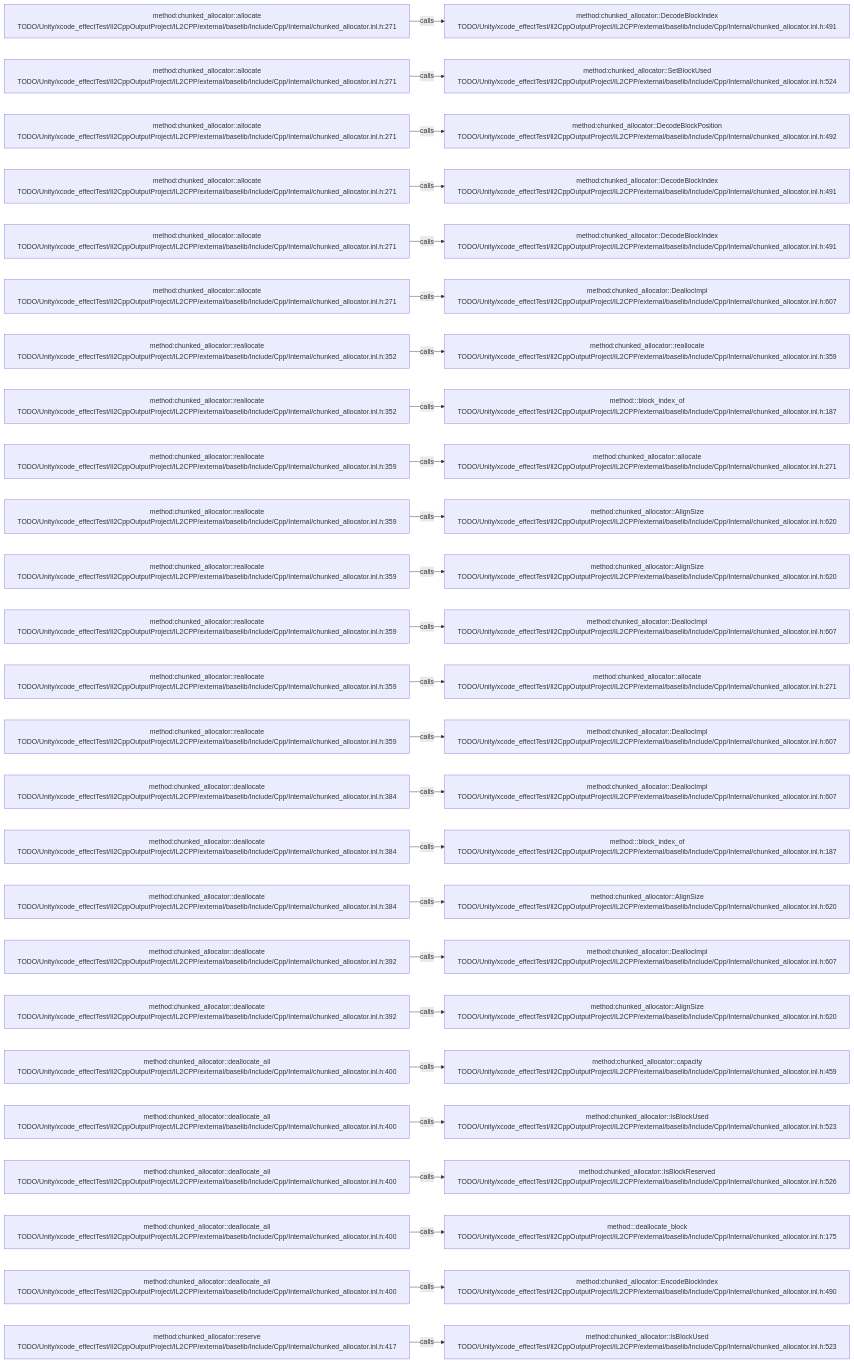
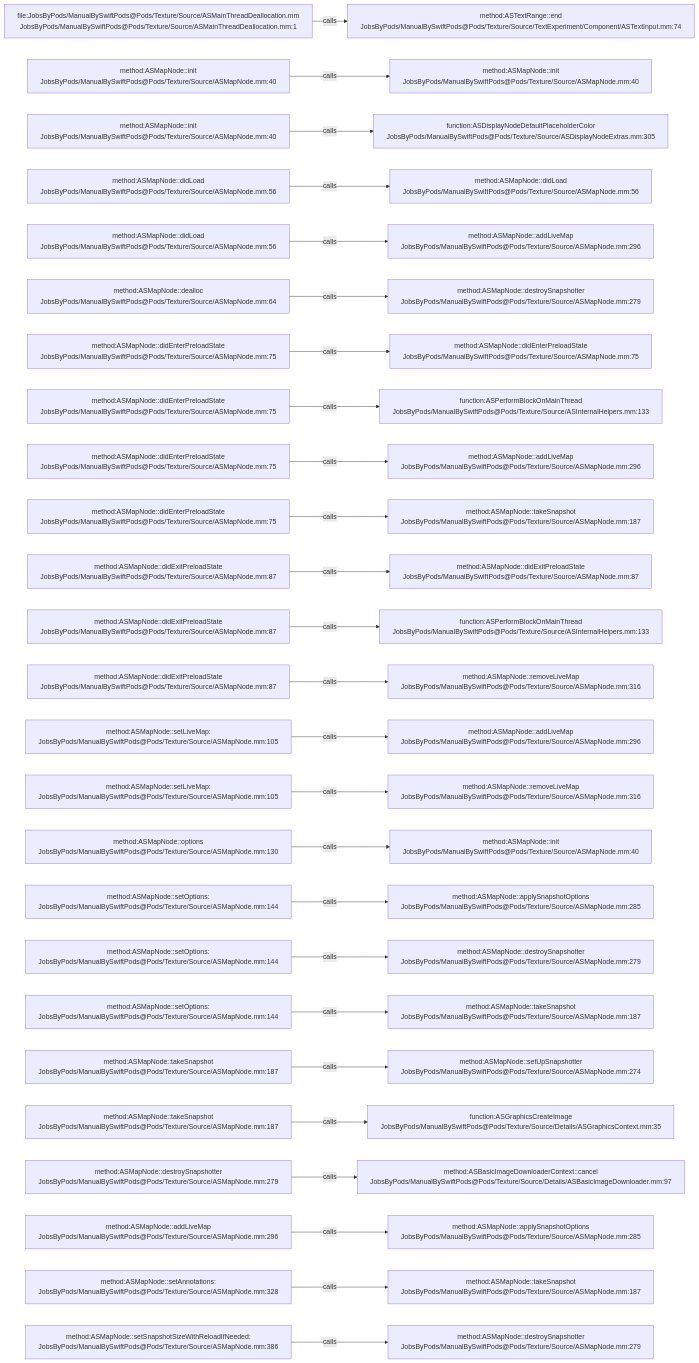
Before and after one commit to JobsKits/JobsSwiftBaseConfigDemo: the diagram in .codegraph/codegraph.md/graphs/calls-064.md, drawn with Mermaid. The commit also changed 2959 other files, not shown here.

````diff
--- a/.codegraph/codegraph.md/graphs/calls-064.md
+++ b/.codegraph/codegraph.md/graphs/calls-064.md
@@ -13,78 +13,78 @@
 ```mermaid
 flowchart LR
-  S1["method:chunked_allocator::allocate<br/>TODO/Unity/xcode_effectTest/Il2CppOutputProject/IL2CPP/external/baselib/Include/Cpp/Internal/chunked_allocator.inl.h:271"]
-  T1["method:chunked_allocator::DecodeBlockIndex<br/>TODO/Unity/xcode_effectTest/Il2CppOutputProject/IL2CPP/external/baselib/Include/Cpp/Internal/chunked_allocator.inl.h:491"]
+  S1["file:JobsByPods/ManualBySwiftPods@Pods/Texture/Source/ASMainThreadDeallocation.mm<br/>JobsByPods/ManualBySwiftPods@Pods/Texture/Source/ASMainThreadDeallocation.mm:1"]
+  T1["method:ASTextRange::end<br/>JobsByPods/ManualBySwiftPods@Pods/Texture/Source/TextExperiment/Component/ASTextInput.mm:74"]
   S1 -->|calls| T1
-  S2["method:chunked_allocator::allocate<br/>TODO/Unity/xcode_effectTest/Il2CppOutputProject/IL2CPP/external/baselib/Include/Cpp/Internal/chunked_allocator.inl.h:271"]
-  T2["method:chunked_allocator::SetBlockUsed<br/>TODO/Unity/xcode_effectTest/Il2CppOutputProject/IL2CPP/external/baselib/Include/Cpp/Internal/chunked_allocator.inl.h:524"]
+  S2["method:ASMapNode::init<br/>JobsByPods/ManualBySwiftPods@Pods/Texture/Source/ASMapNode.mm:40"]
+  T2["method:ASMapNode::init<br/>JobsByPods/ManualBySwiftPods@Pods/Texture/Source/ASMapNode.mm:40"]
   S2 -->|calls| T2
-  S3["method:chunked_allocator::allocate<br/>TODO/Unity/xcode_effectTest/Il2CppOutputProject/IL2CPP/external/baselib/Include/Cpp/Internal/chunked_allocator.inl.h:271"]
-  T3["method:chunked_allocator::DecodeBlockPosition<br/>TODO/Unity/xcode_effectTest/Il2CppOutputProject/IL2CPP/external/baselib/Include/Cpp/Internal/chunked_allocator.inl.h:492"]
+  S3["method:ASMapNode::init<br/>JobsByPods/ManualBySwiftPods@Pods/Texture/Source/ASMapNode.mm:40"]
+  T3["function:ASDisplayNodeDefaultPlaceholderColor<br/>JobsByPods/ManualBySwiftPods@Pods/Texture/Source/ASDisplayNodeExtras.mm:305"]
   S3 -->|calls| T3
-  S4["method:chunked_allocator::allocate<br/>TODO/Unity/xcode_effectTest/Il2CppOutputProject/IL2CPP/external/baselib/Include/Cpp/Internal/chunked_allocator.inl.h:271"]
-  T4["method:chunked_allocator::DecodeBlockIndex<br/>TODO/Unity/xcode_effectTest/Il2CppOutputProject/IL2CPP/external/baselib/Include/Cpp/Internal/chunked_allocator.inl.h:491"]
+  S4["method:ASMapNode::didLoad<br/>JobsByPods/ManualBySwiftPods@Pods/Texture/Source/ASMapNode.mm:56"]
+  T4["method:ASMapNode::didLoad<br/>JobsByPods/ManualBySwiftPods@Pods/Texture/Source/ASMapNode.mm:56"]
   S4 -->|calls| T4
-  S5["method:chunked_allocator::allocate<br/>TODO/Unity/xcode_effectTest/Il2CppOutputProject/IL2CPP/external/baselib/Include/Cpp/Internal/chunked_allocator.inl.h:271"]
-  T5["method:chunked_allocator::DecodeBlockIndex<br/>TODO/Unity/xcode_effectTest/Il2CppOutputProject/IL2CPP/external/baselib/Include/Cpp/Internal/chunked_allocator.inl.h:491"]
+  S5["method:ASMapNode::didLoad<br/>JobsByPods/ManualBySwiftPods@Pods/Texture/Source/ASMapNode.mm:56"]
+  T5["method:ASMapNode::addLiveMap<br/>JobsByPods/ManualBySwiftPods@Pods/Texture/Source/ASMapNode.mm:296"]
   S5 -->|calls| T5
-  S6["method:chunked_allocator::allocate<br/>TODO/Unity/xcode_effectTest/Il2CppOutputProject/IL2CPP/external/baselib/Include/Cpp/Internal/chunked_allocator.inl.h:271"]
-  T6["method:chunked_allocator::DeallocImpl<br/>TODO/Unity/xcode_effectTest/Il2CppOutputProject/IL2CPP/external/baselib/Include/Cpp/Internal/chunked_allocator.inl.h:607"]
+  S6["method:ASMapNode::dealloc<br/>JobsByPods/ManualBySwiftPods@Pods/Texture/Source/ASMapNode.mm:64"]
+  T6["method:ASMapNode::destroySnapshotter<br/>JobsByPods/ManualBySwiftPods@Pods/Texture/Source/ASMapNode.mm:279"]
   S6 -->|calls| T6
-  S7["method:chunked_allocator::reallocate<br/>TODO/Unity/xcode_effectTest/Il2CppOutputProject/IL2CPP/external/baselib/Include/Cpp/Internal/chunked_allocator.inl.h:352"]
-  T7["method:chunked_allocator::reallocate<br/>TODO/Unity/xcode_effectTest/Il2CppOutputProject/IL2CPP/external/baselib/Include/Cpp/Internal/chunked_allocator.inl.h:359"]
+  S7["method:ASMapNode::didEnterPreloadState<br/>JobsByPods/ManualBySwiftPods@Pods/Texture/Source/ASMapNode.mm:75"]
+  T7["method:ASMapNode::didEnterPreloadState<br/>JobsByPods/ManualBySwiftPods@Pods/Texture/Source/ASMapNode.mm:75"]
   S7 -->|calls| T7
-  S8["method:chunked_allocator::reallocate<br/>TODO/Unity/xcode_effectTest/Il2CppOutputProject/IL2CPP/external/baselib/Include/Cpp/Internal/chunked_allocator.inl.h:352"]
-  T8["method:<anonymous>::block_index_of<br/>TODO/Unity/xcode_effectTest/Il2CppOutputProject/IL2CPP/external/baselib/Include/Cpp/Internal/chunked_allocator.inl.h:187"]
+  S8["method:ASMapNode::didEnterPreloadState<br/>JobsByPods/ManualBySwiftPods@Pods/Texture/Source/ASMapNode.mm:75"]
+  T8["function:ASPerformBlockOnMainThread<br/>JobsByPods/ManualBySwiftPods@Pods/Texture/Source/ASInternalHelpers.mm:133"]
   S8 -->|calls| T8
-  S9["method:chunked_allocator::reallocate<br/>TODO/Unity/xcode_effectTest/Il2CppOutputProject/IL2CPP/external/baselib/Include/Cpp/Internal/chunked_allocator.inl.h:359"]
-  T9["method:chunked_allocator::allocate<br/>TODO/Unity/xcode_effectTest/Il2CppOutputProject/IL2CPP/external/baselib/Include/Cpp/Internal/chunked_allocator.inl.h:271"]
+  S9["method:ASMapNode::didEnterPreloadState<br/>JobsByPods/ManualBySwiftPods@Pods/Texture/Source/ASMapNode.mm:75"]
+  T9["method:ASMapNode::addLiveMap<br/>JobsByPods/ManualBySwiftPods@Pods/Texture/Source/ASMapNode.mm:296"]
   S9 -->|calls| T9
-  S10["method:chunked_allocator::reallocate<br/>TODO/Unity/xcode_effectTest/Il2CppOutputProject/IL2CPP/external/baselib/Include/Cpp/Internal/chunked_allocator.inl.h:359"]
-  T10["method:chunked_allocator::AlignSize<br/>TODO/Unity/xcode_effectTest/Il2CppOutputProject/IL2CPP/external/baselib/Include/Cpp/Internal/chunked_allocator.inl.h:620"]
+  S10["method:ASMapNode::didEnterPreloadState<br/>JobsByPods/ManualBySwiftPods@Pods/Texture/Source/ASMapNode.mm:75"]
+  T10["method:ASMapNode::takeSnapshot<br/>JobsByPods/ManualBySwiftPods@Pods/Texture/Source/ASMapNode.mm:187"]
   S10 -->|calls| T10
-  S11["method:chunked_allocator::reallocate<br/>TODO/Unity/xcode_effectTest/Il2CppOutputProject/IL2CPP/external/baselib/Include/Cpp/Internal/chunked_allocator.inl.h:359"]
-  T11["method:chunked_allocator::AlignSize<br/>TODO/Unity/xcode_effectTest/Il2CppOutputProject/IL2CPP/external/baselib/Include/Cpp/Internal/chunked_allocator.inl.h:620"]
+  S11["method:ASMapNode::didExitPreloadState<br/>JobsByPods/ManualBySwiftPods@Pods/Texture/Source/ASMapNode.mm:87"]
+  T11["method:ASMapNode::didExitPreloadState<br/>JobsByPods/ManualBySwiftPods@Pods/Texture/Source/ASMapNode.mm:87"]
   S11 -->|calls| T11
-  S12["method:chunked_allocator::reallocate<br/>TODO/Unity/xcode_effectTest/Il2CppOutputProject/IL2CPP/external/baselib/Include/Cpp/Internal/chunked_allocator.inl.h:359"]
-  T12["method:chunked_allocator::DeallocImpl<br/>TODO/Unity/xcode_effectTest/Il2CppOutputProject/IL2CPP/external/baselib/Include/Cpp/Internal/chunked_allocator.inl.h:607"]
+  S12["method:ASMapNode::didExitPreloadState<br/>JobsByPods/ManualBySwiftPods@Pods/Texture/Source/ASMapNode.mm:87"]
+  T12["function:ASPerformBlockOnMainThread<br/>JobsByPods/ManualBySwiftPods@Pods/Texture/Source/ASInternalHelpers.mm:133"]
   S12 -->|calls| T12
-  S13["method:chunked_allocator::reallocate<br/>TODO/Unity/xcode_effectTest/Il2CppOutputProject/IL2CPP/external/baselib/Include/Cpp/Internal/chunked_allocator.inl.h:359"]
-  T13["method:chunked_allocator::allocate<br/>TODO/Unity/xcode_effectTest/Il2CppOutputProject/IL2CPP/external/baselib/Include/Cpp/Internal/chunked_allocator.inl.h:271"]
+  S13["method:ASMapNode::didExitPreloadState<br/>JobsByPods/ManualBySwiftPods@Pods/Texture/Source/ASMapNode.mm:87"]
+  T13["method:ASMapNode::removeLiveMap<br/>JobsByPods/ManualBySwiftPods@Pods/Texture/Source/ASMapNode.mm:316"]
   S13 -->|calls| T13
-  S14["method:chunked_allocator::reallocate<br/>TODO/Unity/xcode_effectTest/Il2CppOutputProject/IL2CPP/external/baselib/Include/Cpp/Internal/chunked_allocator.inl.h:359"]
-  T14["method:chunked_allocator::DeallocImpl<br/>TODO/Unity/xcode_effectTest/Il2CppOutputProject/IL2CPP/external/baselib/Include/Cpp/Internal/chunked_allocator.inl.h:607"]
+  S14["method:ASMapNode::setLiveMap:<br/>JobsByPods/ManualBySwiftPods@Pods/Texture/Source/ASMapNode.mm:105"]
+  T14["method:ASMapNode::addLiveMap<br/>JobsByPods/ManualBySwiftPods@Pods/Texture/Source/ASMapNode.mm:296"]
   S14 -->|calls| T14
-  S15["method:chunked_allocator::deallocate<br/>TODO/Unity/xcode_effectTest/Il2CppOutputProject/IL2CPP/external/baselib/Include/Cpp/Internal/chunked_allocator.inl.h:384"]
-  T15["method:chunked_allocator::DeallocImpl<br/>TODO/Unity/xcode_effectTest/Il2CppOutputProject/IL2CPP/external/baselib/Include/Cpp/Internal/chunked_allocator.inl.h:607"]
+  S15["method:ASMapNode::setLiveMap:<br/>JobsByPods/ManualBySwiftPods@Pods/Texture/Source/ASMapNode.mm:105"]
+  T15["method:ASMapNode::removeLiveMap<br/>JobsByPods/ManualBySwiftPods@Pods/Texture/Source/ASMapNode.mm:316"]
   S15 -->|calls| T15
-  S16["method:chunked_allocator::deallocate<br/>TODO/Unity/xcode_effectTest/Il2CppOutputProject/IL2CPP/external/baselib/Include/Cpp/Internal/chunked_allocator.inl.h:384"]
-  T16["method:<anonymous>::block_index_of<br/>TODO/Unity/xcode_effectTest/Il2CppOutputProject/IL2CPP/external/baselib/Include/Cpp/Internal/chunked_allocator.inl.h:187"]
+  S16["method:ASMapNode::options<br/>JobsByPods/ManualBySwiftPods@Pods/Texture/Source/ASMapNode.mm:130"]
+  T16["method:ASMapNode::init<br/>JobsByPods/ManualBySwiftPods@Pods/Texture/Source/ASMapNode.mm:40"]
   S16 -->|calls| T16
-  S17["method:chunked_allocator::deallocate<br/>TODO/Unity/xcode_effectTest/Il2CppOutputProject/IL2CPP/external/baselib/Include/Cpp/Internal/chunked_allocator.inl.h:384"]
-  T17["method:chunked_allocator::AlignSize<br/>TODO/Unity/xcode_effectTest/Il2CppOutputProject/IL2CPP/external/baselib/Include/Cpp/Internal/chunked_allocator.inl.h:620"]
+  S17["method:ASMapNode::setOptions:<br/>JobsByPods/ManualBySwiftPods@Pods/Texture/Source/ASMapNode.mm:144"]
+  T17["method:ASMapNode::applySnapshotOptions<br/>JobsByPods/ManualBySwiftPods@Pods/Texture/Source/ASMapNode.mm:285"]
   S17 -->|calls| T17
-  S18["method:chunked_allocator::deallocate<br/>TODO/Unity/xcode_effectTest/Il2CppOutputProject/IL2CPP/external/baselib/Include/Cpp/Internal/chunked_allocator.inl.h:392"]
-  T18["method:chunked_allocator::DeallocImpl<br/>TODO/Unity/xcode_effectTest/Il2CppOutputProject/IL2CPP/external/baselib/Include/Cpp/Internal/chunked_allocator.inl.h:607"]
+  S18["method:ASMapNode::setOptions:<br/>JobsByPods/ManualBySwiftPods@Pods/Texture/Source/ASMapNode.mm:144"]
+  T18["method:ASMapNode::destroySnapshotter<br/>JobsByPods/ManualBySwiftPods@Pods/Texture/Source/ASMapNode.mm:279"]
   S18 -->|calls| T18
-  S19["method:chunked_allocator::deallocate<br/>TODO/Unity/xcode_effectTest/Il2CppOutputProject/IL2CPP/external/baselib/Include/Cpp/Internal/chunked_allocator.inl.h:392"]
-  T19["method:chunked_allocator::AlignSize<br/>TODO/Unity/xcode_effectTest/Il2CppOutputProject/IL2CPP/external/baselib/Include/Cpp/Internal/chunked_allocator.inl.h:620"]
+  S19["method:ASMapNode::setOptions:<br/>JobsByPods/ManualBySwiftPods@Pods/Texture/Source/ASMapNode.mm:144"]
+  T19["method:ASMapNode::takeSnapshot<br/>JobsByPods/ManualBySwiftPods@Pods/Texture/Source/ASMapNode.mm:187"]
   S19 -->|calls| T19
-  S20["method:chunked_allocator::deallocate_all<br/>TODO/Unity/xcode_effectTest/Il2CppOutputProject/IL2CPP/external/baselib/Include/Cpp/Internal/chunked_allocator.inl.h:400"]
-  T20["method:chunked_allocator::capacity<br/>TODO/Unity/xcode_effectTest/Il2CppOutputProject/IL2CPP/external/baselib/Include/Cpp/Internal/chunked_allocator.inl.h:459"]
+  S20["method:ASMapNode::takeSnapshot<br/>JobsByPods/ManualBySwiftPods@Pods/Texture/Source/ASMapNode.mm:187"]
+  T20["method:ASMapNode::setUpSnapshotter<br/>JobsByPods/ManualBySwiftPods@Pods/Texture/Source/ASMapNode.mm:274"]
   S20 -->|calls| T20
-  S21["method:chunked_allocator::deallocate_all<br/>TODO/Unity/xcode_effectTest/Il2CppOutputProject/IL2CPP/external/baselib/Include/Cpp/Internal/chunked_allocator.inl.h:400"]
-  T21["method:chunked_allocator::IsBlockUsed<br/>TODO/Unity/xcode_effectTest/Il2CppOutputProject/IL2CPP/external/baselib/Include/Cpp/Internal/chunked_allocator.inl.h:523"]
+  S21["method:ASMapNode::takeSnapshot<br/>JobsByPods/ManualBySwiftPods@Pods/Texture/Source/ASMapNode.mm:187"]
+  T21["function:ASGraphicsCreateImage<br/>JobsByPods/ManualBySwiftPods@Pods/Texture/Source/Details/ASGraphicsContext.mm:35"]
   S21 -->|calls| T21
-  S22["method:chunked_allocator::deallocate_all<br/>TODO/Unity/xcode_effectTest/Il2CppOutputProject/IL2CPP/external/baselib/Include/Cpp/Internal/chunked_allocator.inl.h:400"]
-  T22["method:chunked_allocator::IsBlockReserved<br/>TODO/Unity/xcode_effectTest/Il2CppOutputProject/IL2CPP/external/baselib/Include/Cpp/Internal/chunked_allocator.inl.h:526"]
+  S22["method:ASMapNode::destroySnapshotter<br/>JobsByPods/ManualBySwiftPods@Pods/Texture/Source/ASMapNode.mm:279"]
+  T22["method:ASBasicImageDownloaderContext::cancel<br/>JobsByPods/ManualBySwiftPods@Pods/Texture/Source/Details/ASBasicImageDownloader.mm:97"]
   S22 -->|calls| T22
-  S23["method:chunked_allocator::deallocate_all<br/>TODO/Unity/xcode_effectTest/Il2CppOutputProject/IL2CPP/external/baselib/Include/Cpp/Internal/chunked_allocator.inl.h:400"]
-  T23["method:<anonymous>::deallocate_block<br/>TODO/Unity/xcode_effectTest/Il2CppOutputProject/IL2CPP/external/baselib/Include/Cpp/Internal/chunked_allocator.inl.h:175"]
+  S23["method:ASMapNode::addLiveMap<br/>JobsByPods/ManualBySwiftPods@Pods/Texture/Source/ASMapNode.mm:296"]
+  T23["method:ASMapNode::applySnapshotOptions<br/>JobsByPods/ManualBySwiftPods@Pods/Texture/Source/ASMapNode.mm:285"]
   S23 -->|calls| T23
-  S24["method:chunked_allocator::deallocate_all<br/>TODO/Unity/xcode_effectTest/Il2CppOutputProject/IL2CPP/external/baselib/Include/Cpp/Internal/chunked_allocator.inl.h:400"]
-  T24["method:chunked_allocator::EncodeBlockIndex<br/>TODO/Unity/xcode_effectTest/Il2CppOutputProject/IL2CPP/external/baselib/Include/Cpp/Internal/chunked_allocator.inl.h:490"]
+  S24["method:ASMapNode::setAnnotations:<br/>JobsByPods/ManualBySwiftPods@Pods/Texture/Source/ASMapNode.mm:328"]
+  T24["method:ASMapNode::takeSnapshot<br/>JobsByPods/ManualBySwiftPods@Pods/Texture/Source/ASMapNode.mm:187"]
   S24 -->|calls| T24
-  S25["method:chunked_allocator::reserve<br/>TODO/Unity/xcode_effectTest/Il2CppOutputProject/IL2CPP/external/baselib/Include/Cpp/Internal/chunked_allocator.inl.h:417"]
-  T25["method:chunked_allocator::IsBlockUsed<br/>TODO/Unity/xcode_effectTest/Il2CppOutputProject/IL2CPP/external/baselib/Include/Cpp/Internal/chunked_allocator.inl.h:523"]
+  S25["method:ASMapNode::setSnapshotSizeWithReloadIfNeeded:<br/>JobsByPods/ManualBySwiftPods@Pods/Texture/Source/ASMapNode.mm:386"]
+  T25["method:ASMapNode::destroySnapshotter<br/>JobsByPods/ManualBySwiftPods@Pods/Texture/Source/ASMapNode.mm:279"]
   S25 -->|calls| T25
 ```
````
